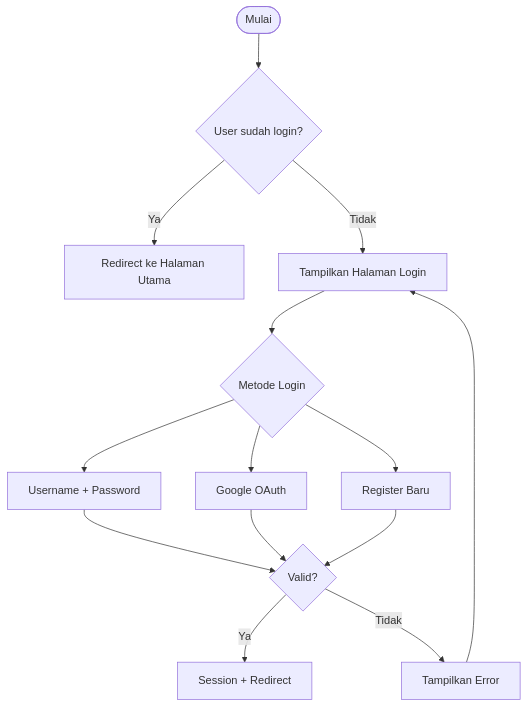
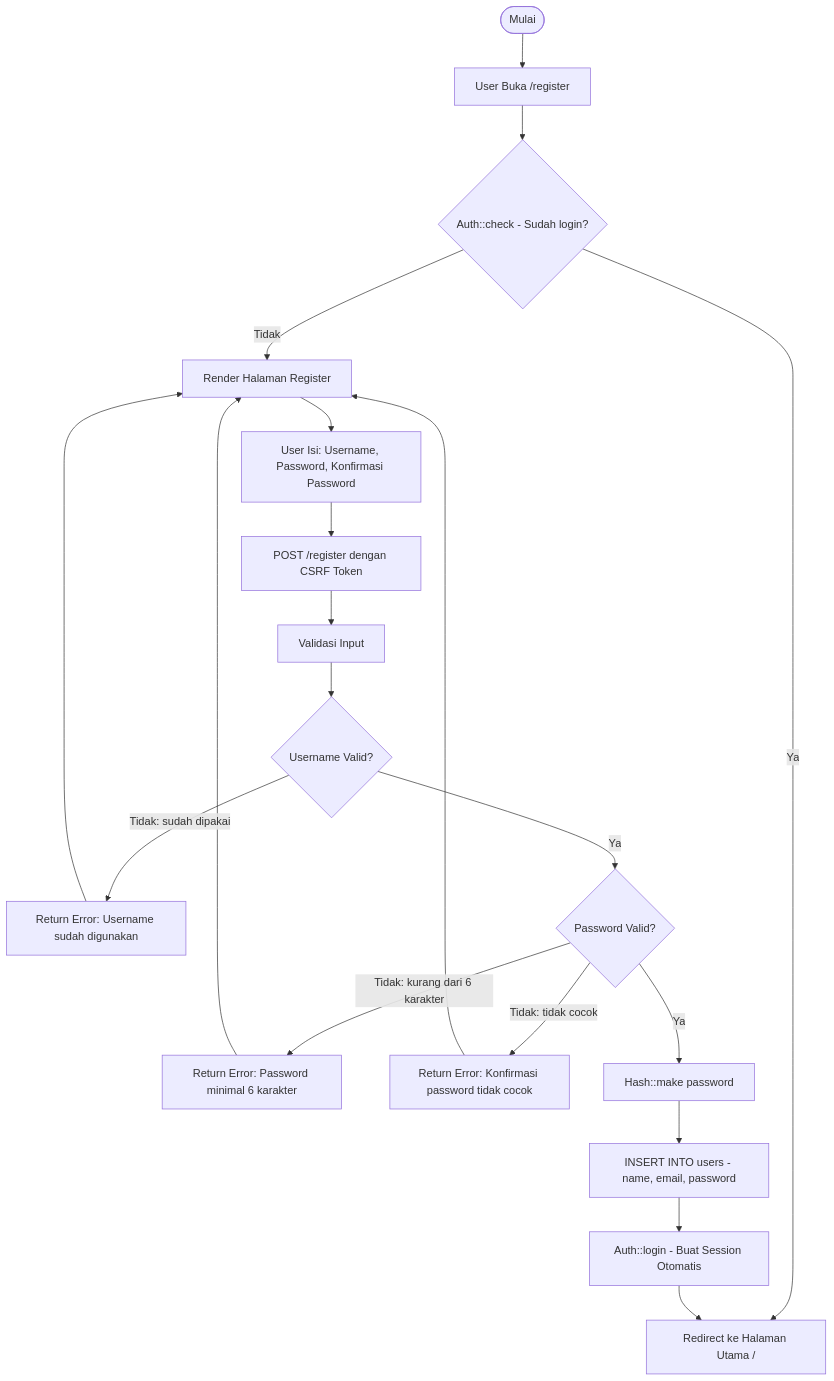
The sixth of 15 diagrams in e-concalc-web/README.md (falcon-ioi/Caclcon), drawn with Mermaid before and after one commit. The commit also changed other lines of this file, not shown here.

Commit message:
docs: expand activity diagrams with full detail (6 diagrams: kalkulator, konverter, mata uang, login, register, logout)

````diff
--- a/e-concalc-web/README.md
+++ b/e-concalc-web/README.md
@@ -168,16 +283,23 @@
 ```mermaid
 flowchart TD
-    A([Mulai]) --> B{User sudah login?}
-    B -- Ya --> C[Redirect ke Halaman Utama]
-    B -- Tidak --> D[Tampilkan Halaman Login]
-    D --> E{Metode Login}
-    E --> F[Username + Password]
-    E --> G[Google OAuth]
-    E --> H[Register Baru]
-    F --> I{Valid?}
-    G --> I
-    H --> I
-    I -- Ya --> J[Session + Redirect]
-    I -- Tidak --> K[Tampilkan Error]
-    K --> D
+    A([Mulai]) --> B[User Buka /register]
+    B --> C{Auth::check - Sudah login?}
+    C -- Ya --> D[Redirect ke Halaman Utama /]
+    C -- Tidak --> E[Render Halaman Register]
+
+    E --> F[User Isi: Username, Password, Konfirmasi Password]
+    F --> G[POST /register dengan CSRF Token]
+    G --> H[Validasi Input]
+    H --> I{Username Valid?}
+    I -- Tidak: sudah dipakai --> J[Return Error: Username sudah digunakan]
+    J --> E
+    I -- Ya --> K{Password Valid?}
+    K -- Tidak: kurang dari 6 karakter --> L[Return Error: Password minimal 6 karakter]
+    K -- Tidak: tidak cocok --> M[Return Error: Konfirmasi password tidak cocok]
+    L --> E
+    M --> E
+    K -- Ya --> N[Hash::make password]
+    N --> O[INSERT INTO users - name, email, password]
+    O --> P[Auth::login - Buat Session Otomatis]
+    P --> D
 ```
````
